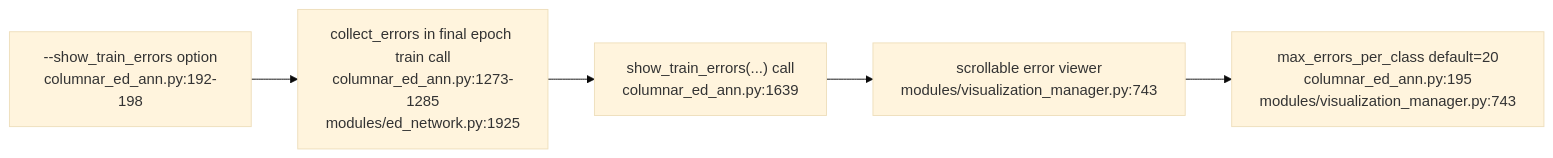
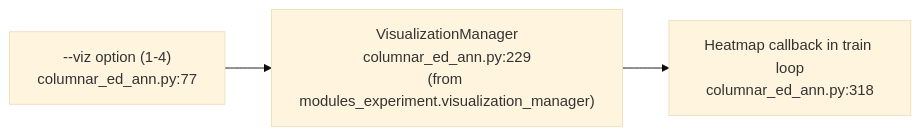
The sixth of 6 diagrams in docs/ja/ed_learning_mechanism_anchors.md (yoiwa0714/columnar_ed_ann), drawn with Mermaid (base theme) before and after one commit. The commit also changed other lines of this file and 3 other files, not shown here.

````diff
--- a/docs/ja/ed_learning_mechanism_anchors.md
+++ b/docs/ja/ed_learning_mechanism_anchors.md
@@ -122,7 +105,5 @@
 ```mermaid
 flowchart LR
-    A["--show_train_errors option<br/>columnar_ed_ann.py:192-198"] --> B["collect_errors in final epoch train call<br/>columnar_ed_ann.py:1273-1285<br/>modules/ed_network.py:1925"]
-    B --> C["show_train_errors(...) call<br/>columnar_ed_ann.py:1639"]
-    C --> D["scrollable error viewer<br/>modules/visualization_manager.py:743"]
-    D --> E["max_errors_per_class default=20<br/>columnar_ed_ann.py:195<br/>modules/visualization_manager.py:743"]
+    A["--viz option (1-4)<br/>columnar_ed_ann.py:77"] --> B["VisualizationManager<br/>columnar_ed_ann.py:229<br/>(from modules_experiment.visualization_manager)"]
+    B --> C["Heatmap callback in train loop<br/>columnar_ed_ann.py:318"]
 ```
````
